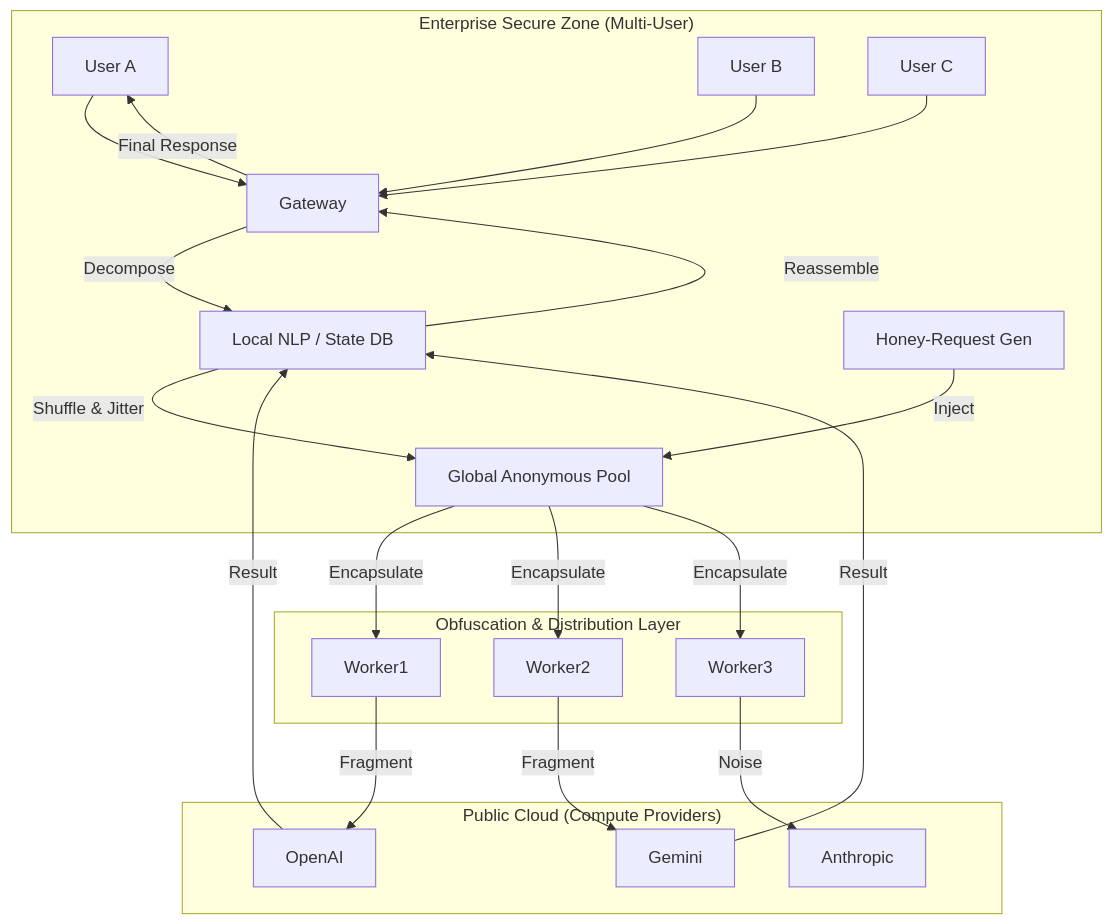
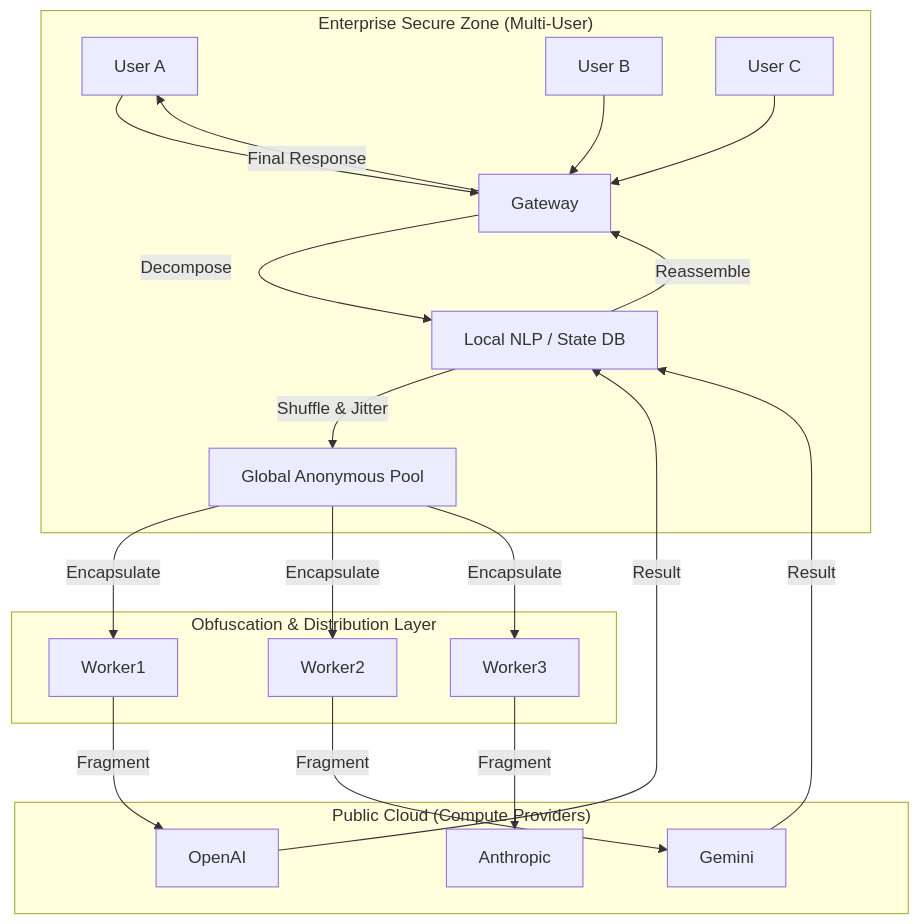
Before and after one commit to gtr4321/ShadowMixer: the second of 2 diagrams in README.md, drawn with Mermaid. The commit also changed other lines of this file, not shown here.

````diff
--- a/README.md
+++ b/README.md
@@ -155,29 +155,28 @@
 ```mermaid
 graph TD
     subgraph "Enterprise Secure Zone (Multi-User)"
         U1[User A] --> Gateway
         U2[User B] --> Gateway
         U3[User C] --> Gateway
         Gateway -->|Decompose| LocalEngine[Local NLP / State DB]
         LocalEngine -->|Shuffle & Jitter| FragmentPool[Global Anonymous Pool]
-        Noise[Honey-Request Gen] -->|Inject| FragmentPool
     end
      
     subgraph "Obfuscation & Distribution Layer"
         FragmentPool -->|Encapsulate| Worker1
         FragmentPool -->|Encapsulate| Worker2
         FragmentPool -->|Encapsulate| Worker3
     end
      
     subgraph "Public Cloud (Compute Providers)"
         Worker1 -->|Fragment| OpenAI
         Worker2 -->|Fragment| Gemini
-        Worker3 -->|Noise| Anthropic
+        Worker3 -->|Fragment| Anthropic
     end
      
     OpenAI -->|Result| LocalEngine
     Gemini -->|Result| LocalEngine
      
     LocalEngine -->|Reassemble| Gateway
     Gateway -->|Final Response| U1
 ```
````
